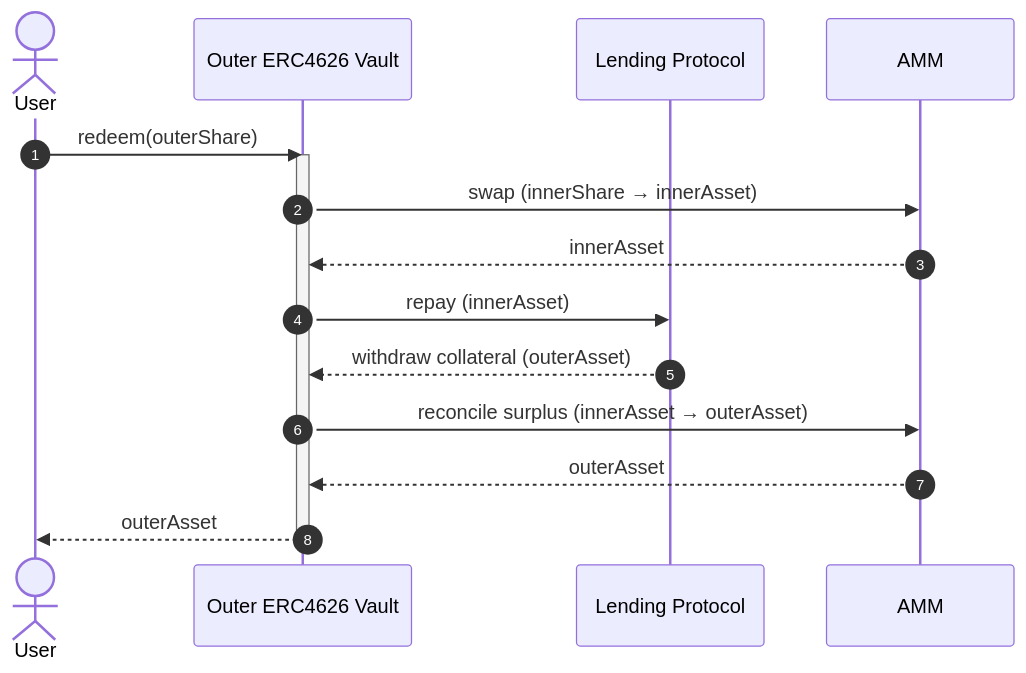
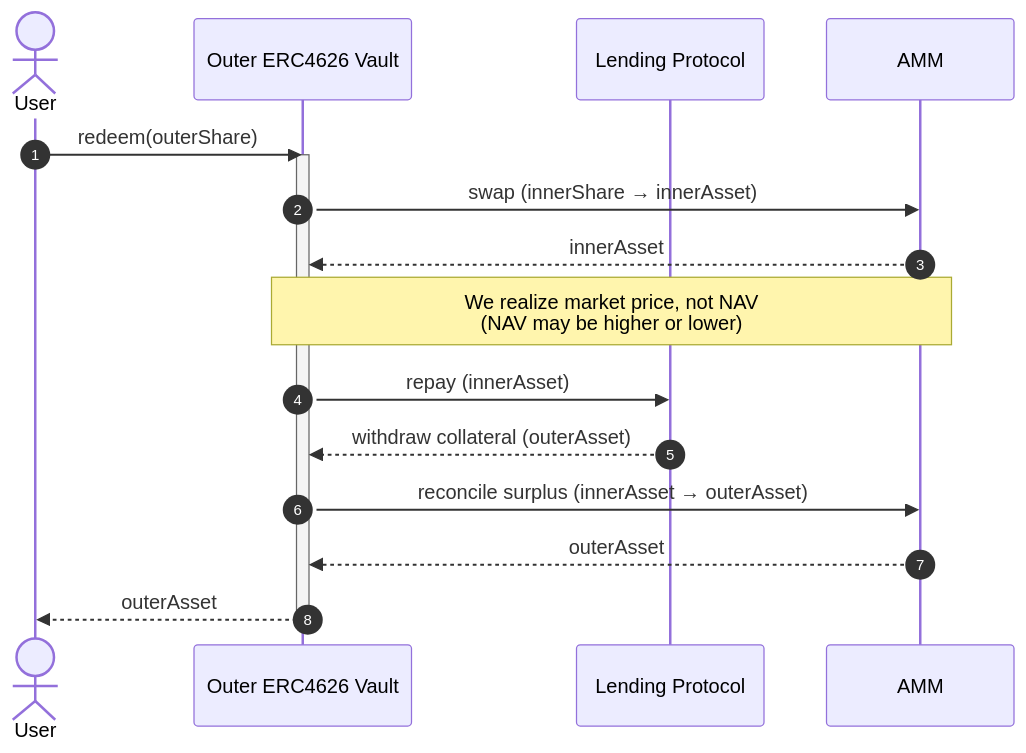
One commit to onflow/flow-credit-markets changed the third of 6 diagrams in docs/architecture.md. Above: the diagram before and after it, drawn with Mermaid. The commit also changed other lines of this file, not shown here.

Commit message:
extend withdraw docs and diagrams

````diff
--- a/docs/architecture.md
+++ b/docs/architecture.md
@@ -84,23 +85,24 @@
 ```mermaid
 sequenceDiagram
       autonumber
       actor User
       participant Outer as Outer ERC4626 Vault
       participant Lender as Lending Protocol
       participant Dex as AMM
 
       User->>Outer: redeem(outerShare)
       activate Outer
 
       Outer->>Dex: swap (innerShare → innerAsset)
       Dex-->>Outer: innerAsset
+      Note over Outer,Dex: We realize market price, not NAV<br /> (NAV may be higher or lower)
 
       Outer->>Lender: repay (innerAsset)
       Lender-->>Outer: withdraw collateral (outerAsset)
 
       Outer->>Dex: reconcile surplus (innerAsset → outerAsset)
       Dex-->>Outer: outerAsset
 
       Outer-->>User: outerAsset
       deactivate Outer
 ```
````
